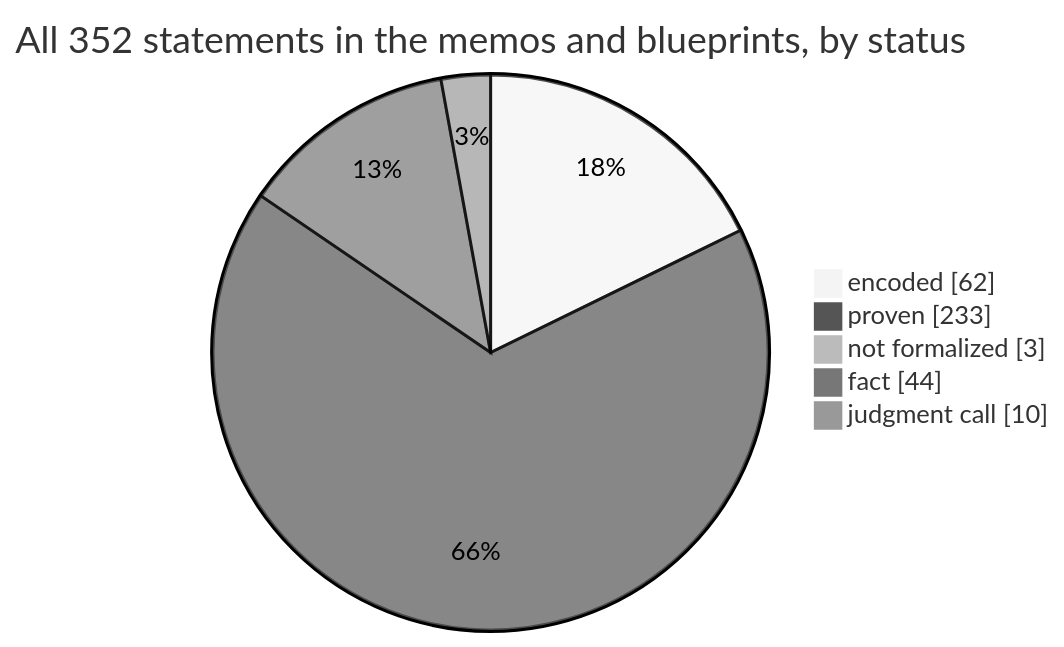
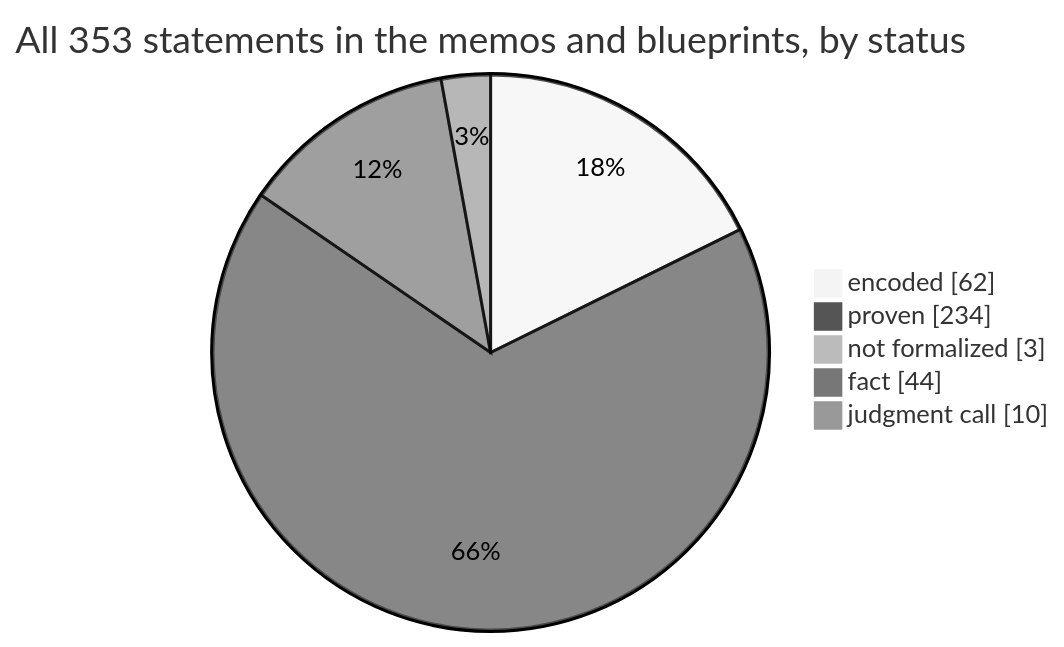
The first of 4 diagrams in docs/graphs/dashboard.md (SeanWMurray/Canteen), drawn with Mermaid (neutral theme) before and after one commit. The commit also changed other lines of this file and 14 other files, not shown here.

````diff
--- a/docs/graphs/dashboard.md
+++ b/docs/graphs/dashboard.md
@@ -11,8 +11,8 @@
 ```mermaid
-pie showData title All 352 statements in the memos and blueprints, by status
+pie showData title All 353 statements in the memos and blueprints, by status
     "encoded" : 62
-    "proven" : 233
+    "proven" : 234
     "not formalized" : 3
     "fact" : 44
     "judgment call" : 10
 ```
````
